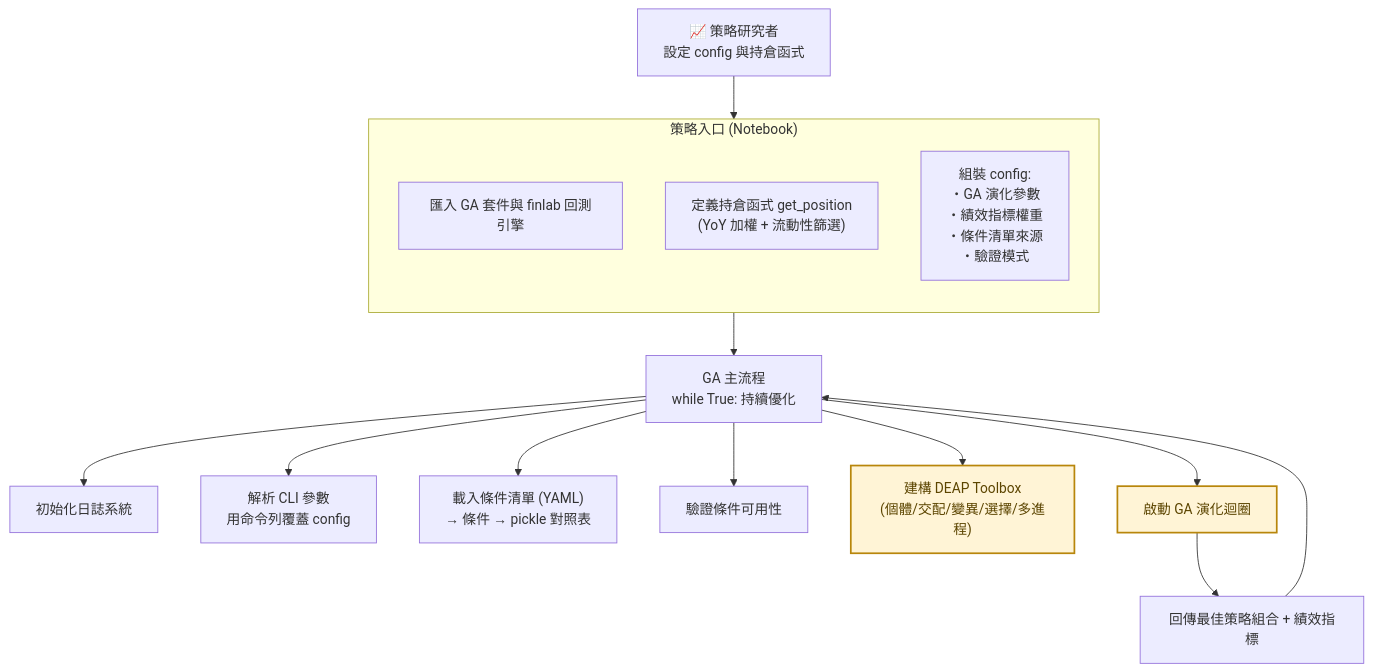
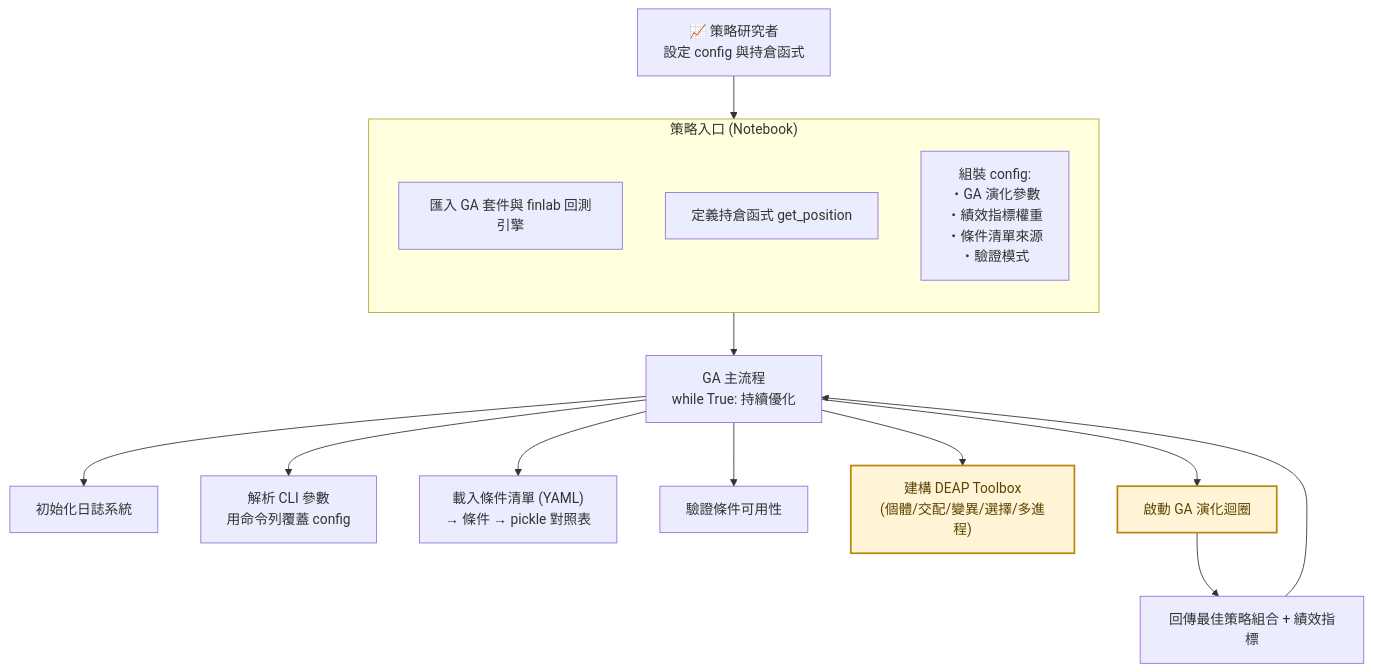
The first of 7 diagrams in flowcharts/example_universe_selection.md (Jang-jhih/quant-interview-prep), drawn with Mermaid before and after one commit. The commit also changed 10 other files, not shown here.

````diff
--- a/flowcharts/example_universe_selection.md
+++ b/flowcharts/example_universe_selection.md
@@ -19,26 +19,26 @@
 ```mermaid
 %%{init: {'theme':'base', 'themeVariables': {'primaryColor':'#ececec','primaryTextColor':'#1a1a1a','primaryBorderColor':'#555555','lineColor':'#555555','secondaryColor':'#e0e0e0','tertiaryColor':'#f0f0f0','fontFamily':'"Noto Sans TC", "Microsoft JhengHei", sans-serif'}}}%%
 flowchart TD
     USER["📈 策略研究者<br/>設定 config 與持倉函式"] --> ENTRY
 
     subgraph ENTRY["策略入口 (Notebook)"]
         direction TB
         C1["匯入 GA 套件與 finlab 回測引擎"]
-        C2["定義持倉函式 get_position<br/>(YoY 加權 + 流動性篩選)"]
+        C2["定義持倉函式 get_position<br/>"]
         C3["組裝 config:<br/>・GA 演化參數<br/>・績效指標權重<br/>・條件清單來源<br/>・驗證模式"]
     end
 
     ENTRY --> MAIN["GA 主流程<br/>while True: 持續優化"]
 
     MAIN --> M1["初始化日誌系統"]
     MAIN --> M2["解析 CLI 參數<br/>用命令列覆蓋 config"]
     MAIN --> M3["載入條件清單 (YAML)<br/>→ 條件 → pickle 對照表"]
     MAIN --> M4["驗證條件可用性"]
     MAIN --> M5["建構 DEAP Toolbox<br/>(個體/交配/變異/選擇/多進程)"]
     MAIN --> M6["啟動 GA 演化迴圈"]
     M6 --> RET["回傳最佳策略組合 + 績效指標"]
     RET --> MAIN
 
     classDef highlight fill:#fff4d6,stroke:#b8860b,stroke-width:2px,color:#5c4500;
     class M5,M6 highlight;
 ```
````
